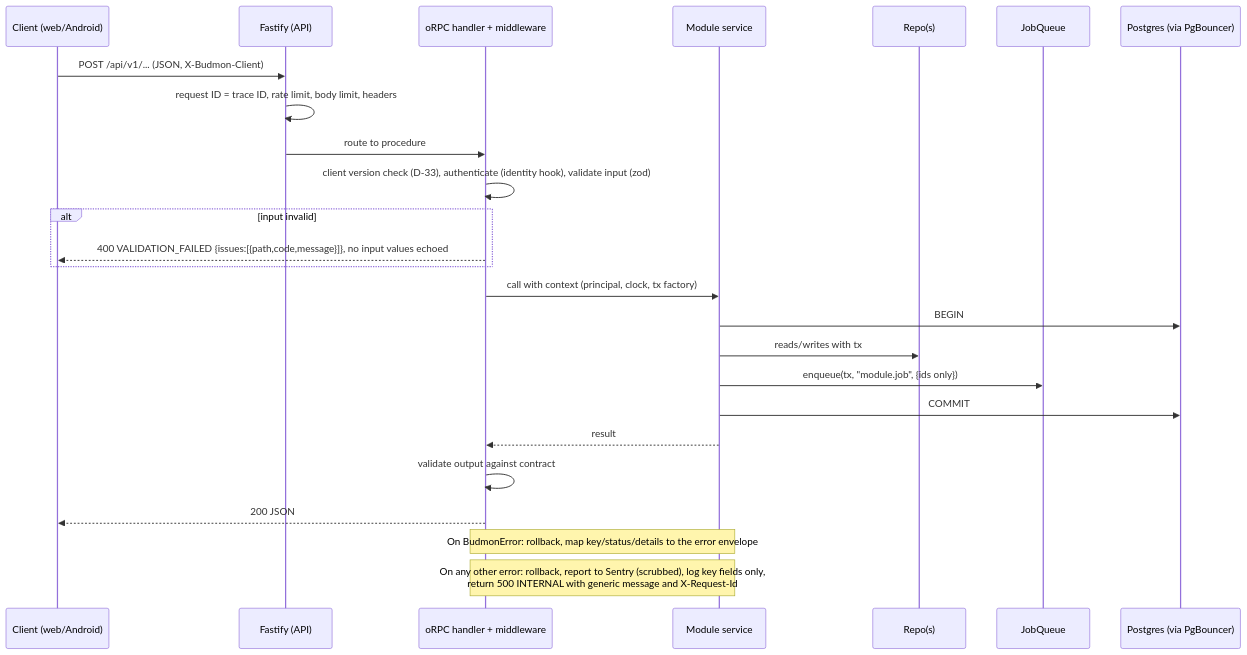
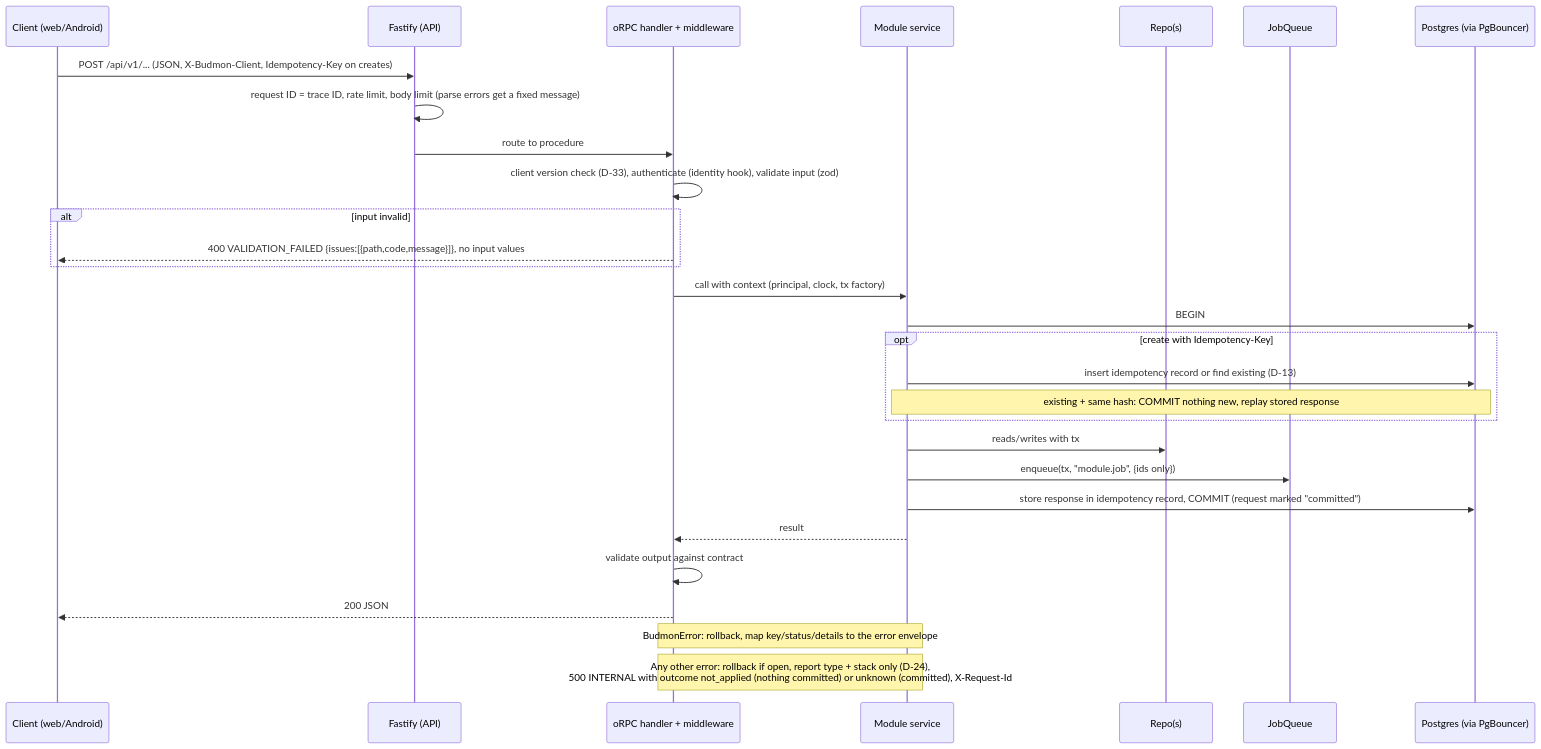
One commit to ali-hy/Budmon changed the fourth of 9 diagrams in docs/design/platform/hld.md. Above: the diagram before and after it, drawn with Mermaid. The commit also changed other lines of this file and 1 other file, not shown here.

````diff
--- a/docs/design/platform/hld.md
+++ b/docs/design/platform/hld.md
@@ -397,27 +431,31 @@
 ```mermaid
 sequenceDiagram
   participant C as Client (web/Android)
   participant F as Fastify (API)
   participant O as oRPC handler + middleware
   participant S as Module service
   participant R as Repo(s)
   participant Q as JobQueue
   participant DB as Postgres (via PgBouncer)
-  C->>F: POST /api/v1/... (JSON, X-Budmon-Client)
-  F->>F: request ID = trace ID, rate limit, body limit, headers
+  C->>F: POST /api/v1/... (JSON, X-Budmon-Client, Idempotency-Key on creates)
+  F->>F: request ID = trace ID, rate limit, body limit (parse errors get a fixed message)
   F->>O: route to procedure
   O->>O: client version check (D-33), authenticate (identity hook), validate input (zod)
   alt input invalid
-    O-->>C: 400 VALIDATION_FAILED {issues:[{path,code,message}]}, no input values echoed
+    O-->>C: 400 VALIDATION_FAILED {issues:[{path,code,message}]}, no input values
   end
   O->>S: call with context (principal, clock, tx factory)
   S->>DB: BEGIN
+  opt create with Idempotency-Key
+    S->>DB: insert idempotency record or find existing (D-13)
+    Note over S,DB: existing + same hash: COMMIT nothing new, replay stored response
+  end
   S->>R: reads/writes with tx
   S->>Q: enqueue(tx, "module.job", {ids only})
-  S->>DB: COMMIT
+  S->>DB: store response in idempotency record, COMMIT (request marked "committed")
   S-->>O: result
   O->>O: validate output against contract
   O-->>C: 200 JSON
-  Note over S,O: On BudmonError: rollback, map key/status/details to the error envelope
-  Note over S,O: On any other error: rollback, report to Sentry (scrubbed), log key fields only,<br/>return 500 INTERNAL with generic message and X-Request-Id
+  Note over S,O: BudmonError: rollback, map key/status/details to the error envelope
+  Note over S,O: Any other error: rollback if open, report type + stack only (D-24),<br/>500 INTERNAL with outcome not_applied (nothing committed) or unknown (committed), X-Request-Id
 ```
````
